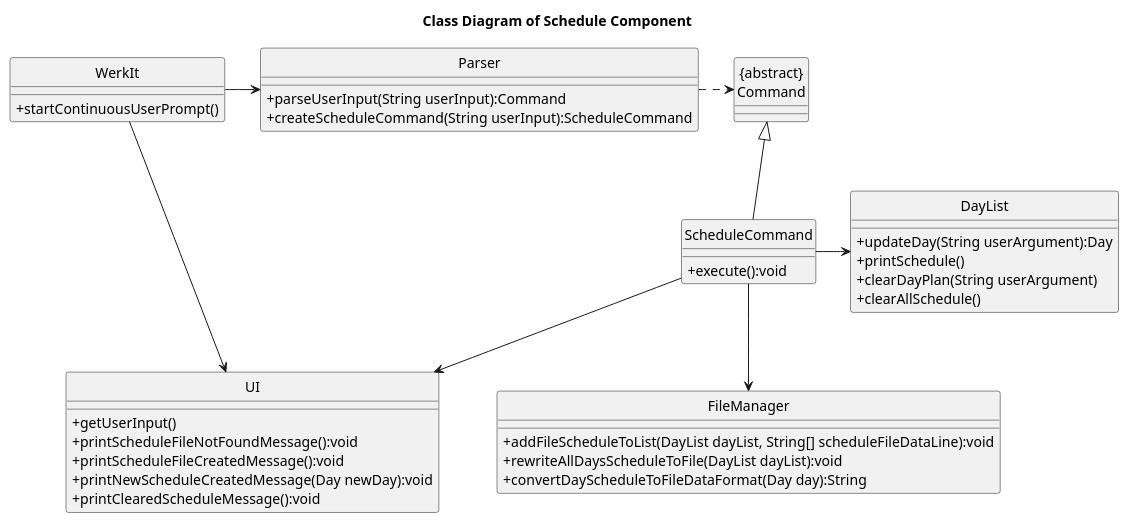
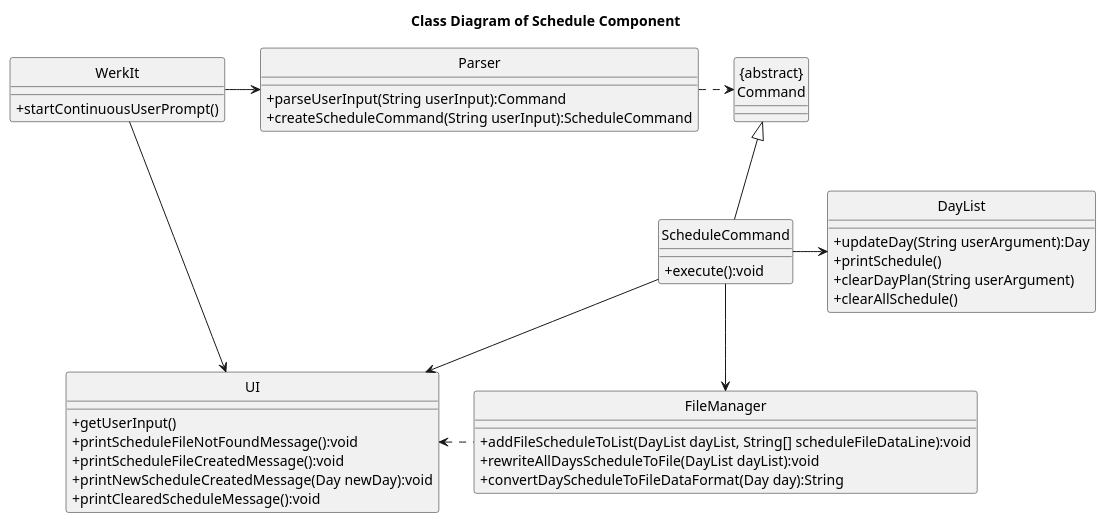
Before and after one commit to nus-cs2113-AY2122S2/tp: the diagram in docs/uml/classDiagrams/ScheduleClass.puml, drawn with PlantUML. The commit also changed 2 other files, not shown here.

```diff
--- a/docs/uml/classDiagrams/ScheduleClass.puml
+++ b/docs/uml/classDiagrams/ScheduleClass.puml
@@ -1,56 +1,57 @@
 @startuml
 'https://plantuml.com/class-diagram'
 hide circle
 
 skinparam classAttributeIconSize 0
 title Class Diagram of Schedule Component
 
 WerkIt -> Parser
 WerkIt -> UI
 Parser .r.> "{abstract}\nCommand"
 "{abstract}\nCommand" <|-- ScheduleCommand
 ScheduleCommand --> UI
 ScheduleCommand -d-> FileManager
 ScheduleCommand -r-> DayList
+UI <. FileManager
 
 class WerkIt {
 + startContinuousUserPrompt()
 }
 
 class DayList {
 + updateDay(String userArgument):Day
 + printSchedule()
 + clearDayPlan(String userArgument)
 + clearAllSchedule()
 }
 
 class FileManager {
 + addFileScheduleToList(DayList dayList, String[] scheduleFileDataLine):void
 + rewriteAllDaysScheduleToFile(DayList dayList):void
 + convertDayScheduleToFileDataFormat(Day day):String
 }
 
 class "{abstract}\nCommand" {
 }
 
 class ScheduleCommand {
 + execute():void
 }
 
 
 
 class UI {
 + getUserInput()
 + printScheduleFileNotFoundMessage():void
 + printScheduleFileCreatedMessage():void
 + printNewScheduleCreatedMessage(Day newDay):void
 + printClearedScheduleMessage():void
 }
 
 class Parser {
 + parseUserInput(String userInput):Command
 + createScheduleCommand(String userInput):ScheduleCommand
 }
 
 
 @enduml
```
